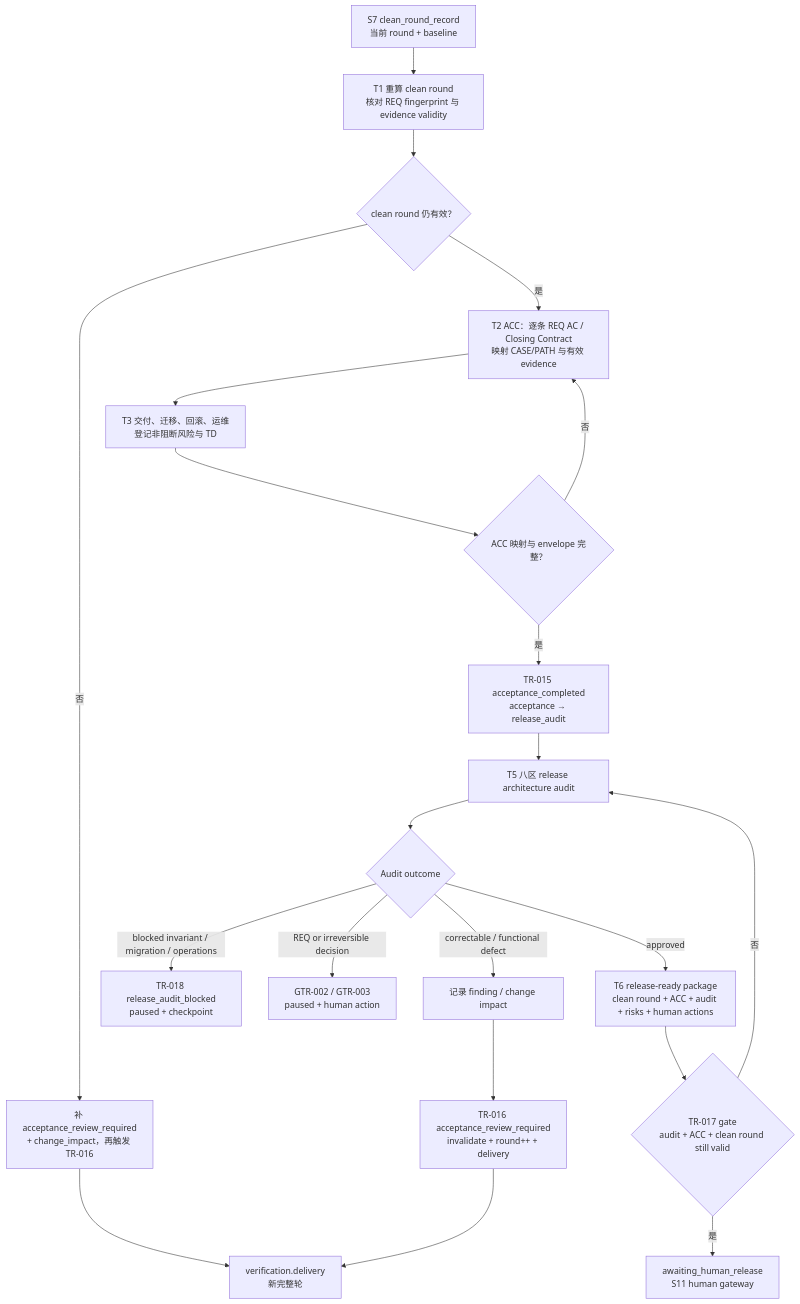
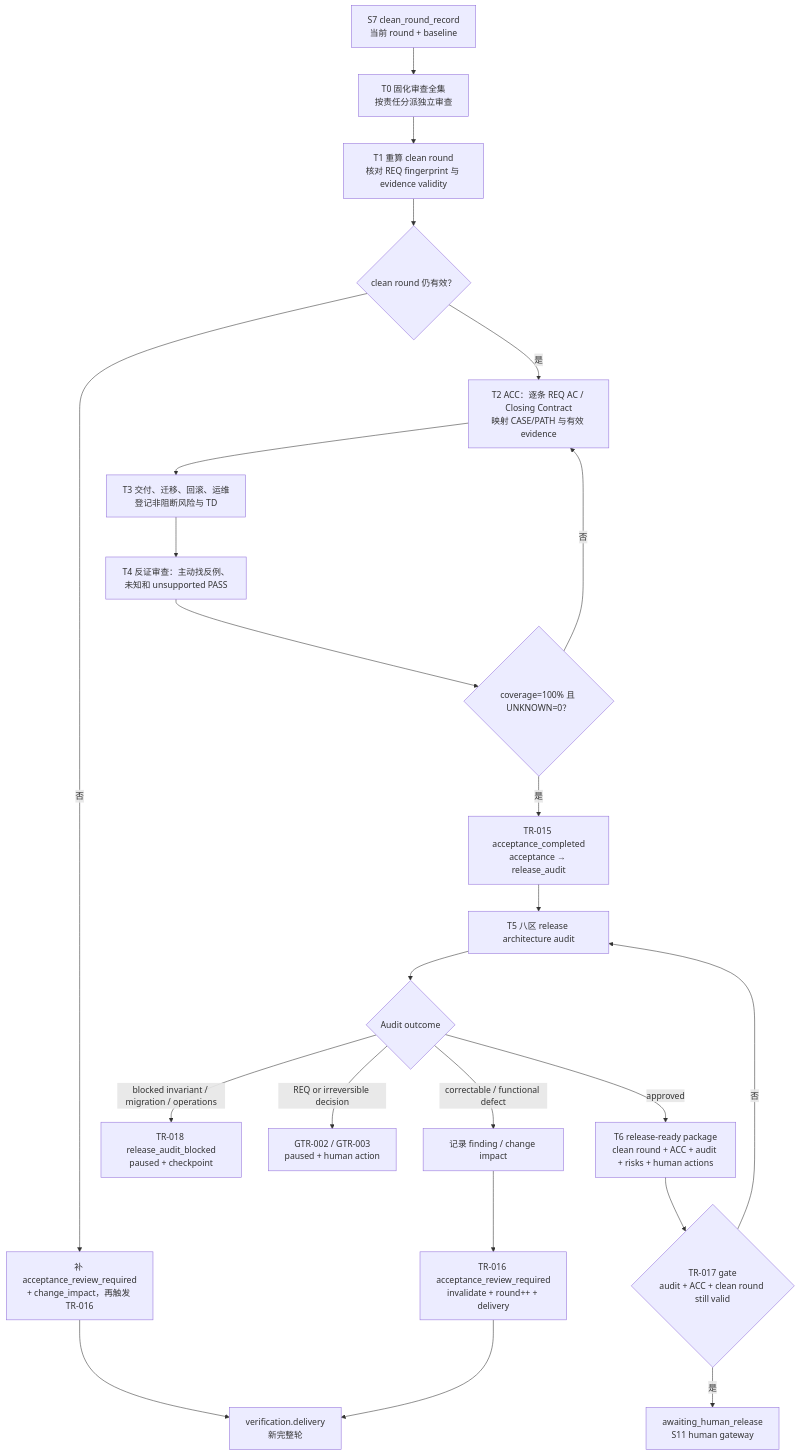
The second of 2 diagrams in blueprint/L3-S10-acceptance-audit.md (Sebs-Lee/go-system-builder), drawn with Mermaid before and after one commit. The commit also changed other lines of this file and 98 other files, not shown here.

````diff
--- a/blueprint/L3-S10-acceptance-audit.md
+++ b/blueprint/L3-S10-acceptance-audit.md
@@ -98,24 +153,26 @@
 ```mermaid
 flowchart TD
-    IN["S7 clean_round_record<br/>当前 round + baseline"] --> T1["T1 重算 clean round<br/>核对 REQ fingerprint 与 evidence validity"]
+    IN["S7 clean_round_record<br/>当前 round + baseline"] --> T0["T0 固化审查全集<br/>按责任分派独立审查"]
+    T0 --> T1["T1 重算 clean round<br/>核对 REQ fingerprint 与 evidence validity"]
     T1 --> VALID{"clean round 仍有效？"}
     VALID -->|"否"| TR16["补 acceptance_review_required<br/>+ change_impact，再触发 TR-016"]
     TR16 --> S7["verification.delivery<br/>新完整轮"]
     VALID -->|"是"| ACCDOC["T2 ACC：逐条 REQ AC / Closing Contract<br/>映射 CASE/PATH 与有效 evidence"]
     ACCDOC --> OPS["T3 交付、迁移、回滚、运维<br/>登记非阻断风险与 TD"]
-    OPS --> ACCGATE{"ACC 映射与 envelope 完整？"}
+    OPS --> ADV["T4 反证审查：主动找反例、未知和 unsupported PASS"]
+    ADV --> ACCGATE{"coverage=100% 且 UNKNOWN=0？"}
     ACCGATE -->|"否"| ACCDOC
     ACCGATE -->|"是"| TR15["TR-015 acceptance_completed<br/>acceptance → release_audit"]
 
     TR15 --> AUDIT["T5 八区 release architecture audit"]
     AUDIT --> OUTCOME{"Audit outcome"}
     OUTCOME -->|"correctable / functional defect"| CHANGE["记录 finding / change impact"]
     CHANGE --> TR16B["TR-016 acceptance_review_required<br/>invalidate + round++ + delivery"]
     TR16B --> S7
     OUTCOME -->|"blocked invariant / migration / operations"| TR18["TR-018 release_audit_blocked<br/>paused + checkpoint"]
     OUTCOME -->|"REQ or irreversible decision"| HUMAN["GTR-002 / GTR-003<br/>paused + human action"]
     OUTCOME -->|"approved"| PACKAGE["T6 release-ready package<br/>clean round + ACC + audit + risks + human actions"]
     PACKAGE --> TR17{"TR-017 gate<br/>audit + ACC + clean round still valid"}
     TR17 -->|"否"| AUDIT
     TR17 -->|"是"| S11["awaiting_human_release<br/>S11 human gateway"]
 ```
````
